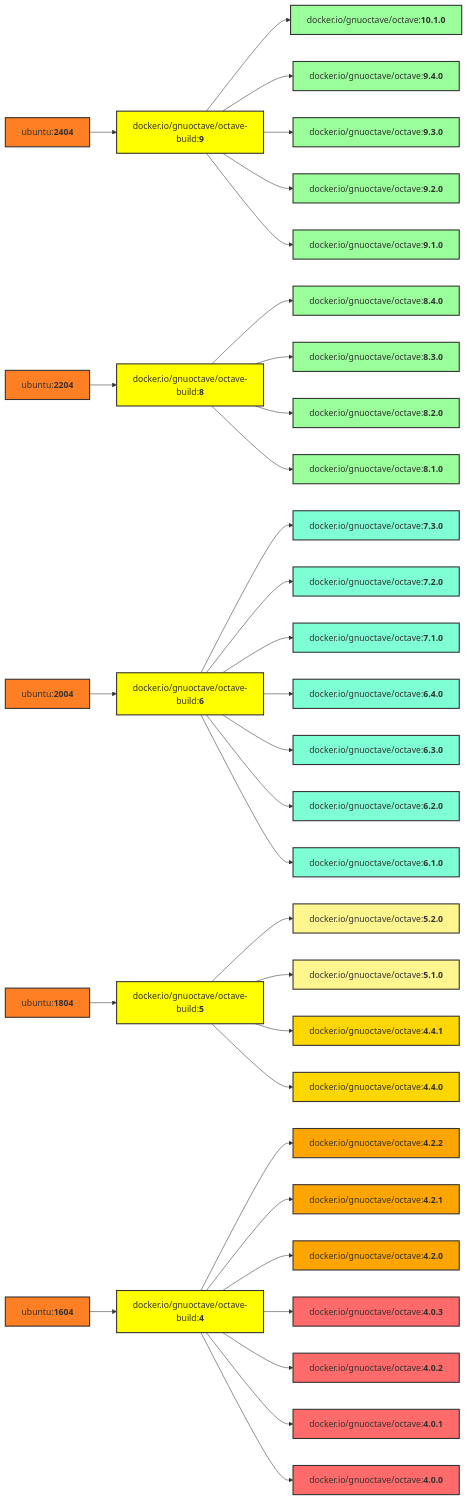
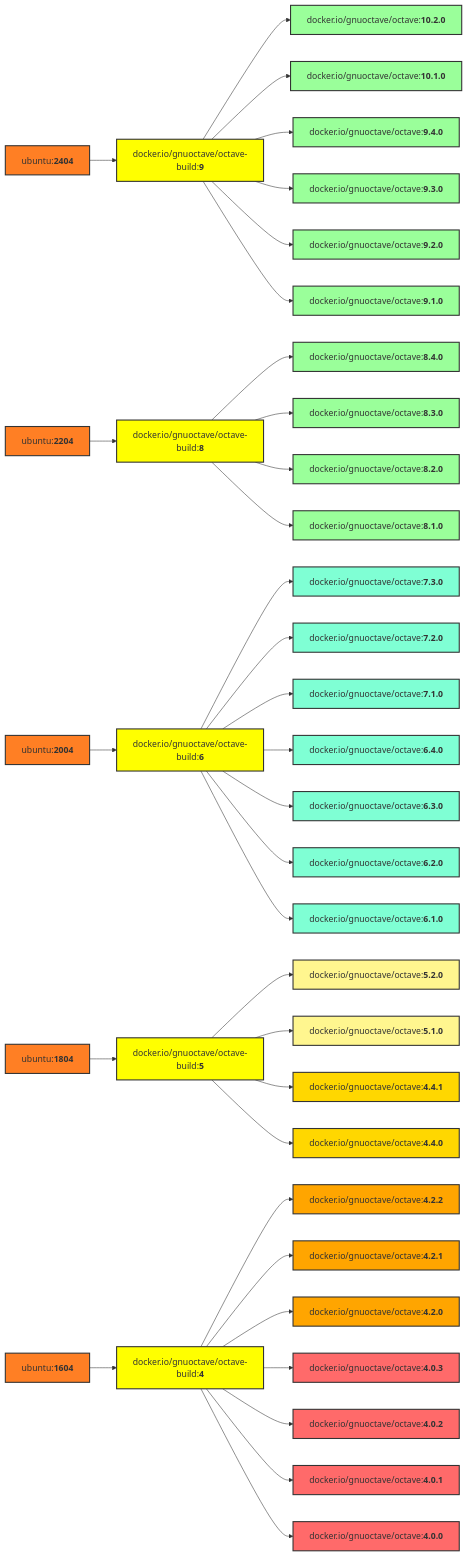
Before and after one commit to gnu-octave/docker: the diagram in README.md, drawn with Mermaid. The commit also changed other lines of this file and 2 other files, not shown here.

Commit message:
GNU Octave 10.2.0 release (2025-05-29)

````diff
--- a/README.md
+++ b/README.md
@@ -130,80 +130,82 @@
 ```mermaid
 graph LR
     U5[ubuntu:<b>2404</b>] --> b9[docker.io/gnuoctave/octave-build:<b>9</b>];
     U4[ubuntu:<b>2204</b>] --> b8[docker.io/gnuoctave/octave-build:<b>8</b>];
     U3[ubuntu:<b>2004</b>] --> b6[docker.io/gnuoctave/octave-build:<b>6</b>];
     U2[ubuntu:<b>1804</b>] --> b5[docker.io/gnuoctave/octave-build:<b>5</b>];
     U1[ubuntu:<b>1604</b>] --> b4[docker.io/gnuoctave/octave-build:<b>4</b>];
+    b9 --> v1020[docker.io/gnuoctave/octave:<b>10.2.0</b>];
     b9 --> v1010[docker.io/gnuoctave/octave:<b>10.1.0</b>];
     b9 --> v940[docker.io/gnuoctave/octave:<b>9.4.0</b>];
     b9 --> v930[docker.io/gnuoctave/octave:<b>9.3.0</b>];
     b9 --> v920[docker.io/gnuoctave/octave:<b>9.2.0</b>];
     b9 --> v910[docker.io/gnuoctave/octave:<b>9.1.0</b>];
     b8 --> v840[docker.io/gnuoctave/octave:<b>8.4.0</b>];
     b8 --> v830[docker.io/gnuoctave/octave:<b>8.3.0</b>];
     b8 --> v820[docker.io/gnuoctave/octave:<b>8.2.0</b>];
     b8 --> v810[docker.io/gnuoctave/octave:<b>8.1.0</b>];
     b6 --> v730[docker.io/gnuoctave/octave:<b>7.3.0</b>];
     b6 --> v720[docker.io/gnuoctave/octave:<b>7.2.0</b>];
     b6 --> v710[docker.io/gnuoctave/octave:<b>7.1.0</b>];
     b6 --> v640[docker.io/gnuoctave/octave:<b>6.4.0</b>];
     b6 --> v630[docker.io/gnuoctave/octave:<b>6.3.0</b>];
     b6 --> v620[docker.io/gnuoctave/octave:<b>6.2.0</b>];
     b6 --> v610[docker.io/gnuoctave/octave:<b>6.1.0</b>];
     b5 --> v520[docker.io/gnuoctave/octave:<b>5.2.0</b>];
     b5 --> v510[docker.io/gnuoctave/octave:<b>5.1.0</b>];
     b5 --> v441[docker.io/gnuoctave/octave:<b>4.4.1</b>];
     b5 --> v440[docker.io/gnuoctave/octave:<b>4.4.0</b>];
     b4 --> v422[docker.io/gnuoctave/octave:<b>4.2.2</b>];
     b4 --> v421[docker.io/gnuoctave/octave:<b>4.2.1</b>];
     b4 --> v420[docker.io/gnuoctave/octave:<b>4.2.0</b>];
     b4 --> v403[docker.io/gnuoctave/octave:<b>4.0.3</b>];
     b4 --> v402[docker.io/gnuoctave/octave:<b>4.0.2</b>];
     b4 --> v401[docker.io/gnuoctave/octave:<b>4.0.1</b>];
     b4 --> v400[docker.io/gnuoctave/octave:<b>4.0.0</b>];
     classDef U fill:#ff7f24,stroke:#333,stroke-width:2px;
     class U1 U;
     class U2 U;
     class U3 U;
     class U4 U;
     class U5 U;
     classDef b fill:#ff0,stroke:#333,stroke-width:2px;
     class b4 b;
     class b5 b;
     class b6 b;
     class b8 b;
     class b9 b;
     classDef age1 fill:#9aff9a,stroke:#333,stroke-width:2px;
     classDef age2 fill:#7fffd4,stroke:#333,stroke-width:2px;
     classDef age3 fill:#fff68f,stroke:#333,stroke-width:2px;
     classDef age4 fill:#ffd700,stroke:#333,stroke-width:2px;
     classDef age5 fill:#ffa500,stroke:#333,stroke-width:2px;
     classDef age6 fill:#ff6a6a,stroke:#333,stroke-width:2px;
+    class v1020 age1;
     class v1010 age1;
     class v940 age1;
     class v930 age1;
     class v920 age1;
     class v910 age1;
     class v840 age1;
     class v830 age1;
     class v820 age1;
     class v810 age1;
     class v730 age2;
     class v720 age2;
     class v710 age2;
     class v640 age2;
     class v630 age2;
     class v620 age2;
     class v610 age2;
     class v520 age3;
     class v510 age3;
     class v441 age4;
     class v440 age4;
     class v422 age5;
     class v421 age5;
     class v420 age5;
     class v403 age6;
     class v402 age6;
     class v401 age6;
     class v400 age6;
 ```
````
